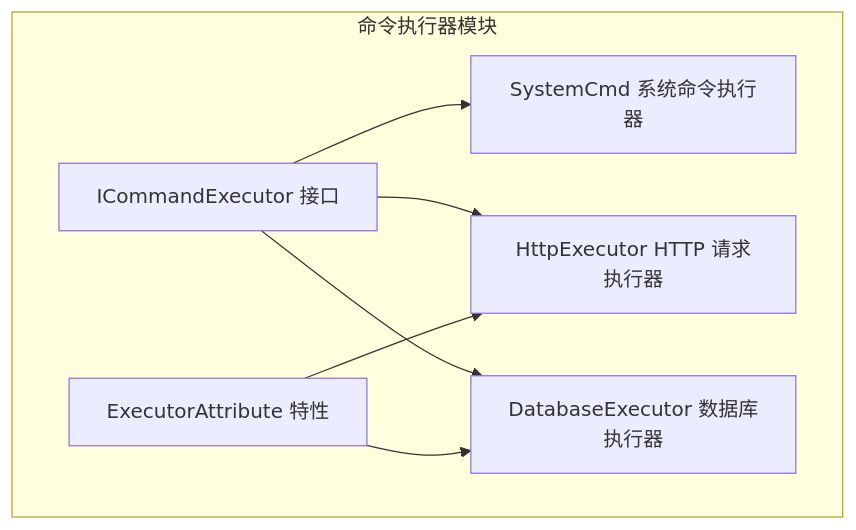
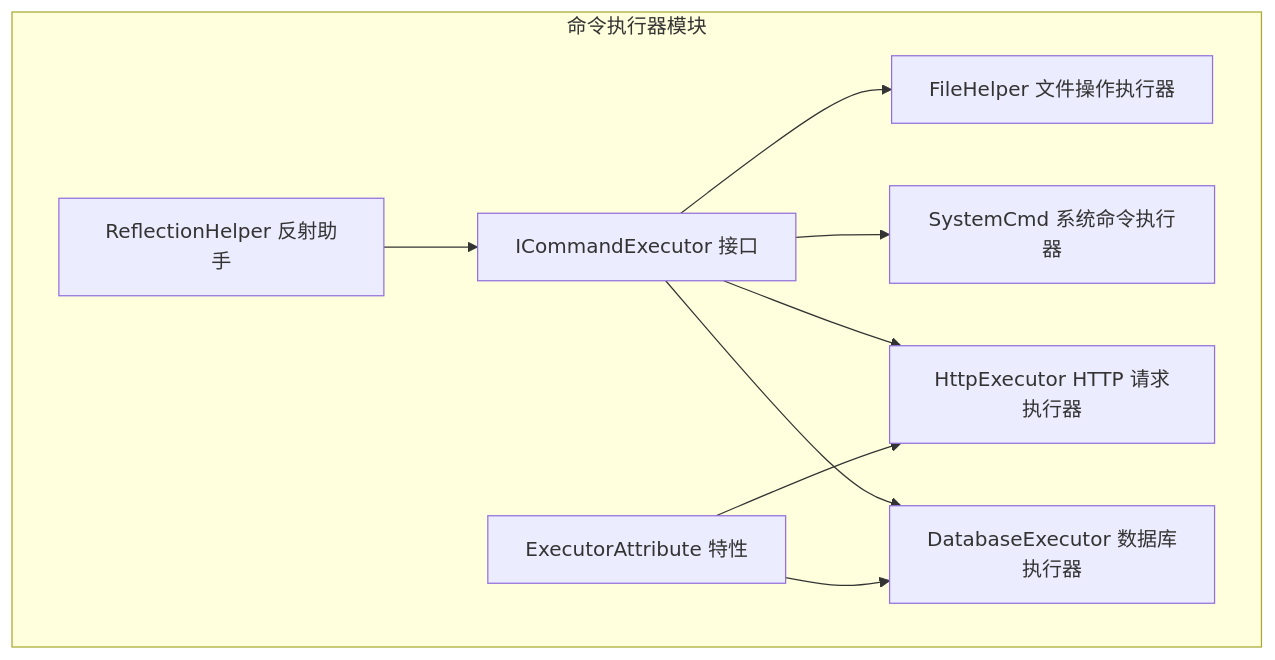
The first of 8 diagrams in .qoder/repowiki/zh/content/工具库详解/命令执行器.md (Sosososolong/AirGo), drawn with Mermaid before and after one commit. The commit also changed other lines of this file and 13 other files, not shown here.

````diff
--- a/.qoder/repowiki/zh/content/工具库详解/命令执行器.md
+++ b/.qoder/repowiki/zh/content/工具库详解/命令执行器.md
@@ -40,15 +51,19 @@
 ```mermaid
 graph TB
 subgraph "命令执行器模块"
 iface["ICommandExecutor 接口"]
+file["FileHelper 文件操作执行器"]
 sys["SystemCmd 系统命令执行器"]
 http["HttpExecutor HTTP 请求执行器"]
 db["DatabaseExecutor 数据库执行器"]
 attr["ExecutorAttribute 特性"]
+rh["ReflectionHelper 反射助手"]
 end
+iface --> file
 iface --> sys
 iface --> http
 iface --> db
 attr --> http
 attr --> db
+rh --> iface
 ```
````
